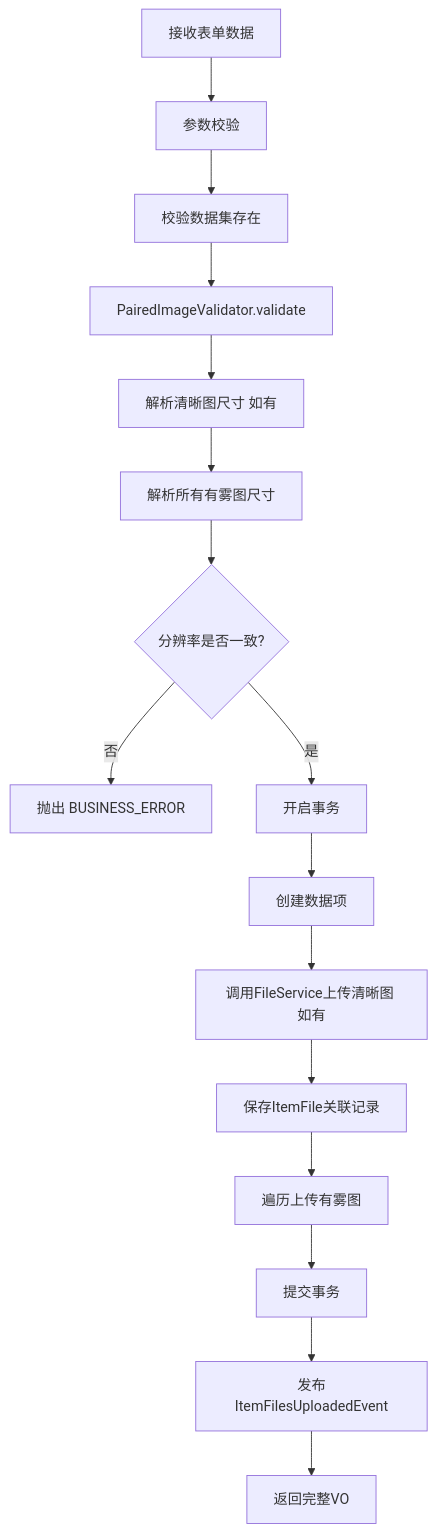
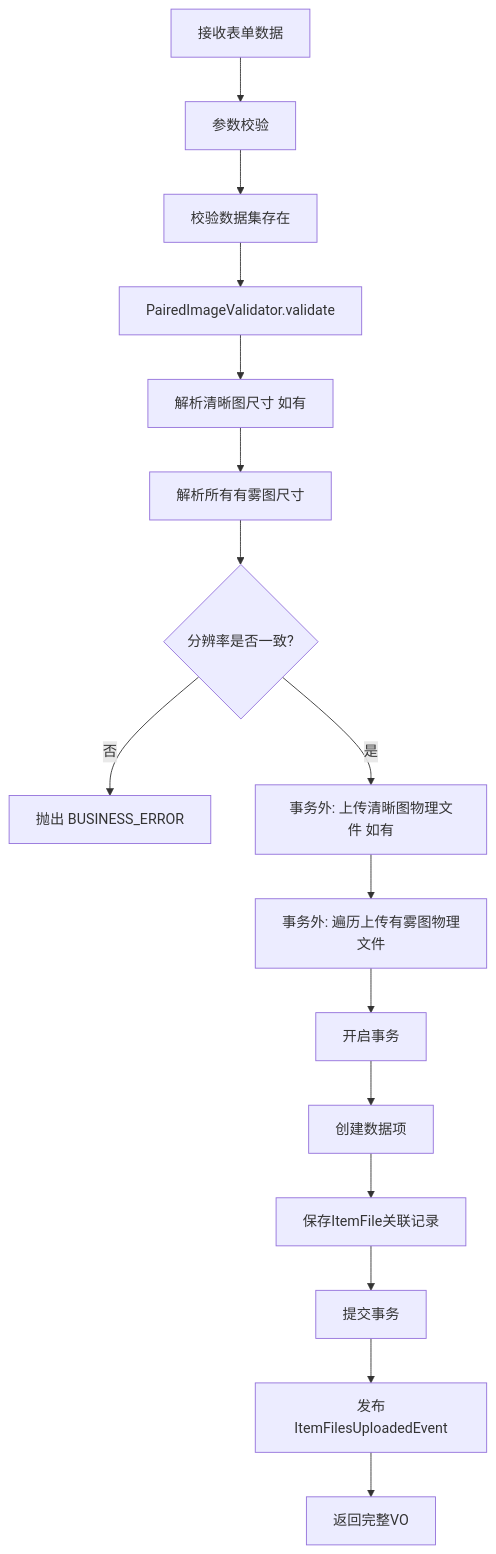
The fourth of 4 diagrams in dehaze-doc/docs/03-模块设计/核心模块/数据集管理/后端实现.md (earthy-zinc/dehaze-system), drawn with Mermaid before and after one commit. The commit also changed other lines of this file and 128 other files, not shown here.

````diff
--- a/dehaze-doc/docs/03-模块设计/核心模块/数据集管理/后端实现.md
+++ b/dehaze-doc/docs/03-模块设计/核心模块/数据集管理/后端实现.md
@@ -208,18 +210,18 @@
 ```mermaid
 graph TD
     A[接收表单数据] --> B[参数校验]
     B --> C[校验数据集存在]
     C --> D[PairedImageValidator.validate]
     D --> I[解析清晰图尺寸 如有]
     I --> J[解析所有有雾图尺寸]
     J --> K{分辨率是否一致?}
     K -->|否| L[抛出 BUSINESS_ERROR]
-    K -->|是| M[开启事务]
-    M --> N[创建数据项]
-    N --> O[调用FileService上传清晰图 如有]
-    O --> P[保存ItemFile关联记录]
-    P --> Q[遍历上传有雾图]
+    K -->|是| M[事务外: 上传清晰图物理文件 如有]
+    M --> N[事务外: 遍历上传有雾图物理文件]
+    N --> O[开启事务]
+    O --> P[创建数据项]
+    P --> Q[保存ItemFile关联记录]
     Q --> R[提交事务]
     R --> S[发布ItemFilesUploadedEvent]
     S --> T[返回完整VO]
 ```
````
